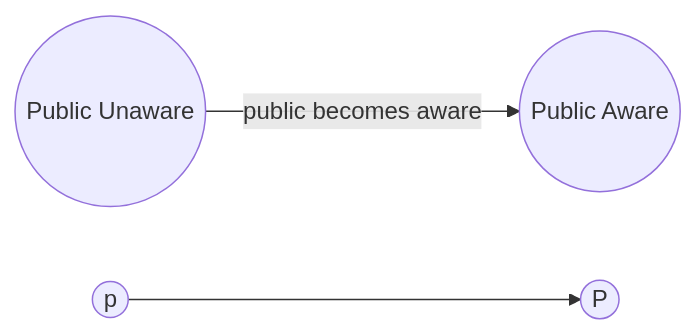
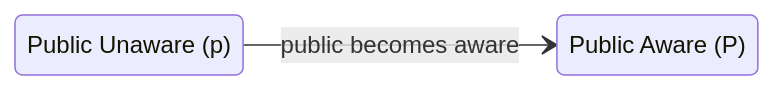
The fourth of 13 diagrams in docs/process_models/cs/index.md (CERTCC/Vultron), drawn with Mermaid before and after one commit. The commit also changed other lines of this file, not shown here.

````diff
--- a/docs/process_models/cs/index.md
+++ b/docs/process_models/cs/index.md
@@ -137,9 +128,7 @@
 ```mermaid
-graph LR
-    p((Public Unaware))
-    P((Public Aware))
-    p -->|public becomes aware| P    
-    p2((p))
-    P2((P))
-    p2 --> P2
+stateDiagram-v2
+    direction LR
+    p : Public Unaware (p)
+    P : Public Aware (P)
+    p --> P : public becomes aware
 ```
````
